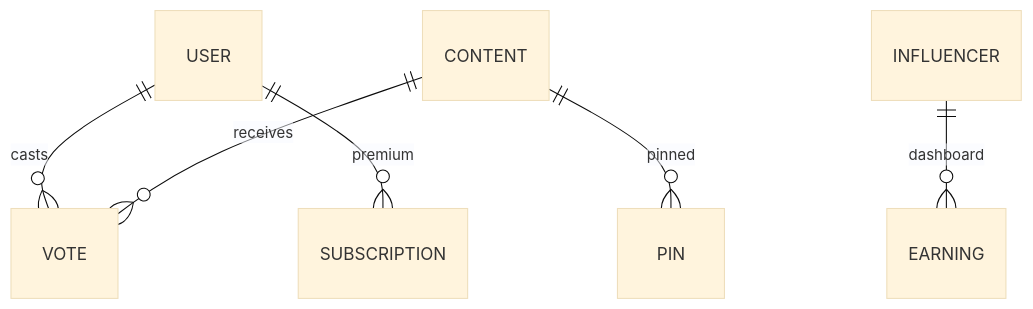
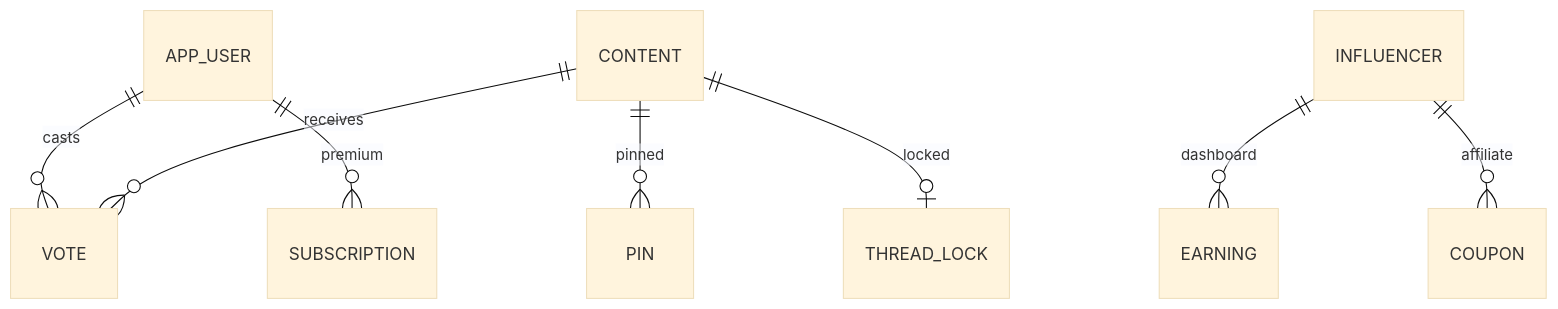
One commit to TM-DEV-PRO/final-resume changed the sixth of 6 diagrams in final_java_ai/prep/34_er_tables_tech_why.md. Above: the diagram before and after it, drawn with Mermaid (base theme). The commit also changed other lines of this file and 617 other files, not shown here.

````diff
--- a/final_java_ai/prep/34_er_tables_tech_why.md
+++ b/final_java_ai/prep/34_er_tables_tech_why.md
@@ -298,8 +513,10 @@
 ```mermaid
 erDiagram
-  USER ||--o{ VOTE : "casts"
+  APP_USER ||--o{ VOTE : "casts"
   CONTENT ||--o{ VOTE : "receives"
-  USER ||--o{ SUBSCRIPTION : "premium"
+  APP_USER ||--o{ SUBSCRIPTION : "premium"
   CONTENT ||--o{ PIN : "pinned"
+  CONTENT ||--o| THREAD_LOCK : "locked"
   INFLUENCER ||--o{ EARNING : "dashboard"
+  INFLUENCER ||--o{ COUPON : "affiliate"
 ```
````
